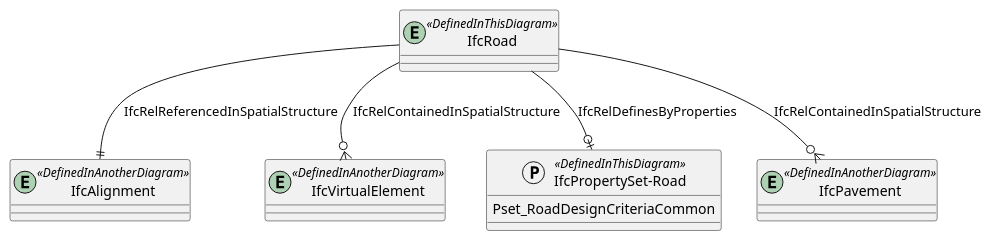
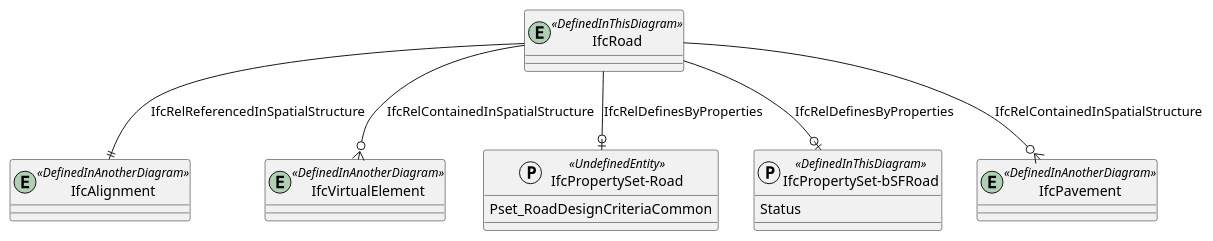
One commit to buildingSMART-Finland/RYTV-IFCRoute changed the diagram in diagrams/bsf-IfcRoad.pu. Above: the diagram before and after it, drawn with PlantUML. The commit also changed 7 other files, not shown here.

Commit message:
Property set definitions

```diff
--- a/diagrams/bsf-IfcRoad.pu
+++ b/diagrams/bsf-IfcRoad.pu
@@ -1,23 +1,30 @@
 @startuml 
 
 entity IfcRoad <<DefinedInThisDiagram>>
 
 entity IfcAlignment <<DefinedInAnotherDiagram>>
 
 entity IfcVirtualElement <<DefinedInAnotherDiagram>>
 
-protocol "IfcPropertySet-Road" <<DefinedInThisDiagram>>
+protocol "IfcPropertySet-Road" <<UndefinedEntity>>
 {
   Pset_RoadDesignCriteriaCommon
+}
+
+protocol "IfcPropertySet-bSFRoad" <<DefinedInThisDiagram>>
+{
+  Status
 }
 
 entity IfcPavement <<DefinedInAnotherDiagram>>
 
 IfcRoad --o{ IfcPavement : IfcRelContainedInSpatialStructure
 IfcRoad --o{ IfcVirtualElement : IfcRelContainedInSpatialStructure
 
 IfcRoad --o| "IfcPropertySet-Road" : IfcRelDefinesByProperties
 
+IfcRoad --o| "IfcPropertySet-bSFRoad" : IfcRelDefinesByProperties
+
 IfcRoad--||IfcAlignment : IfcRelReferencedInSpatialStructure
 
 @enduml
```
